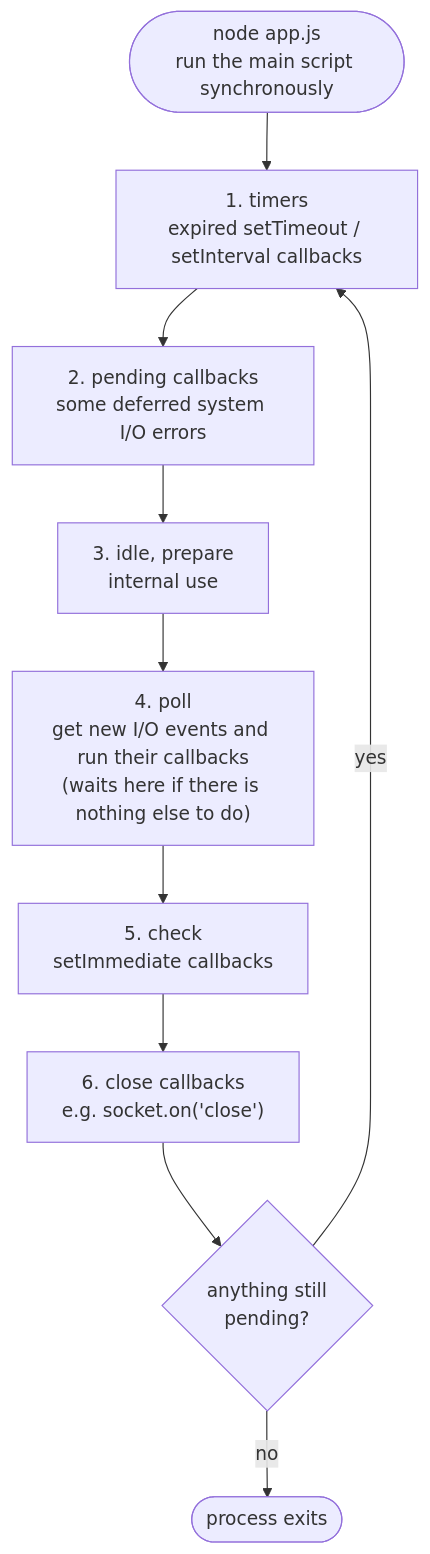
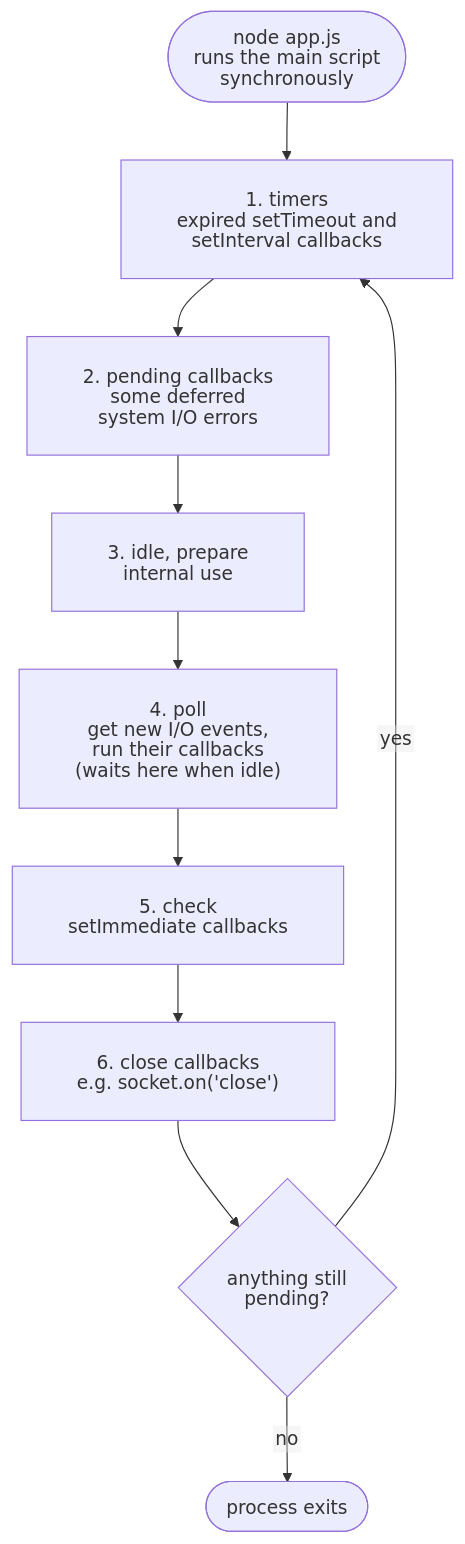
The seventh of 26 diagrams in README.md (renatolinsdigital/nodejs-quickstart), drawn with Mermaid before and after one commit. The commit also changed other lines of this file, not shown here.

First line of the commit message:
renames guide to Understanding Node.js Well and fixes clipped diagram labels

````diff
--- a/README.md
+++ b/README.md
@@ -536,12 +542,13 @@
 ```mermaid
+%%{init: {"htmlLabels": false, "flowchart": {"htmlLabels": false, "wrappingWidth": 400, "padding": 24}}}%%
 flowchart TB
-    START(["node app.js<br/>run the main script synchronously"]) --> TIMERS
-    TIMERS["1. timers<br/>expired setTimeout / setInterval callbacks"] --> PENDING
-    PENDING["2. pending callbacks<br/>some deferred system I/O errors"] --> IDLE
+    START(["node app.js<br/>runs the main script<br/>synchronously"]) --> TIMERS
+    TIMERS["1. timers<br/>expired setTimeout and<br/>setInterval callbacks"] --> PENDING
+    PENDING["2. pending callbacks<br/>some deferred<br/>system I/O errors"] --> IDLE
     IDLE["3. idle, prepare<br/>internal use"] --> POLL
-    POLL["4. poll<br/>get new I/O events and run their callbacks<br/>(waits here if there is nothing else to do)"] --> CHECK
+    POLL["4. poll<br/>get new I/O events,<br/>run their callbacks<br/>(waits here when idle)"] --> CHECK
     CHECK["5. check<br/>setImmediate callbacks"] --> CLOSE
     CLOSE["6. close callbacks<br/>e.g. socket.on('close')"] --> ALIVE{"anything still<br/>pending?"}
     ALIVE -- "yes" --> TIMERS
     ALIVE -- "no" --> EXIT(["process exits"])
 ```
````
